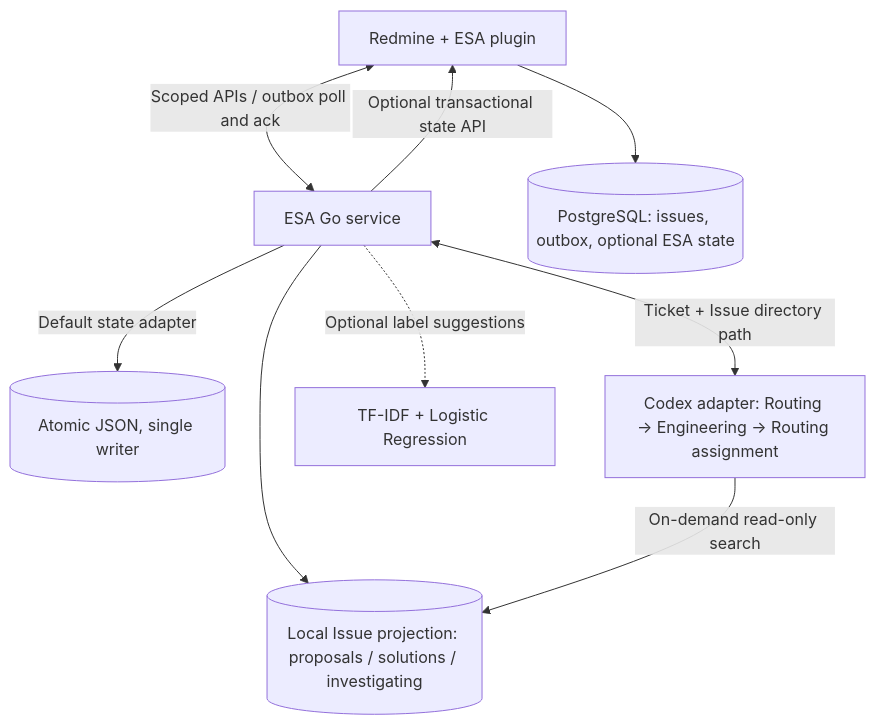
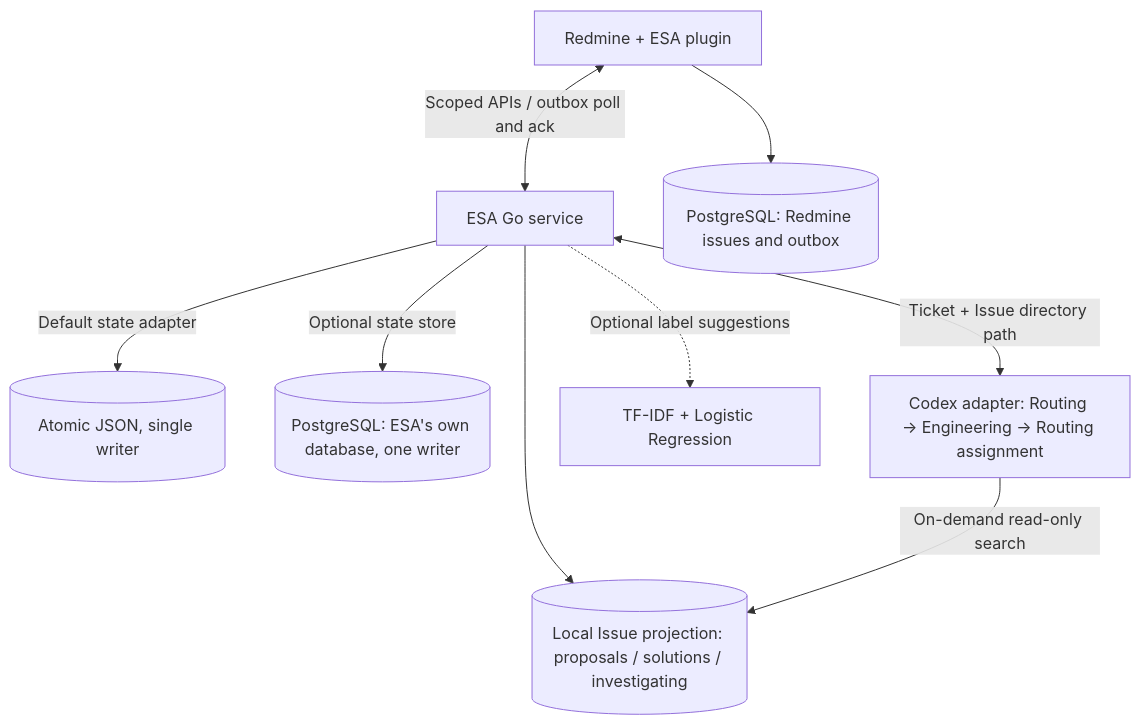
One commit to SDUzbh/esa changed the first of 2 diagrams in README.md. Above: the diagram before and after it, drawn with Mermaid. The commit also changed 24 other files, not shown here.

First line of the commit message:
Remove the Redmine state API and ESA's backend store code

````diff
--- a/README.md
+++ b/README.md
@@ -26,11 +26,11 @@
 ```mermaid
 flowchart TD
     P["Redmine + ESA plugin"] <-->|Scoped APIs / outbox poll and ack| E["ESA Go service"]
-    P --> D[("PostgreSQL: issues, outbox, optional ESA state")]
+    P --> D[("PostgreSQL: Redmine issues and outbox")]
     E -->|Default state adapter| S[("Atomic JSON, single writer")]
-    E -->|Optional transactional state API| P
+    E -->|Optional state store| G[("PostgreSQL: ESA's own database, one writer")]
     E <-->|Ticket + Issue directory path| A["Codex adapter: Routing → Engineering → Routing assignment"]
     E --> I[("Local Issue projection: proposals / solutions / investigating")]
     A -->|On-demand read-only search| I
     E -.->|Optional label suggestions| C["TF-IDF + Logistic Regression"]
 ```
````
